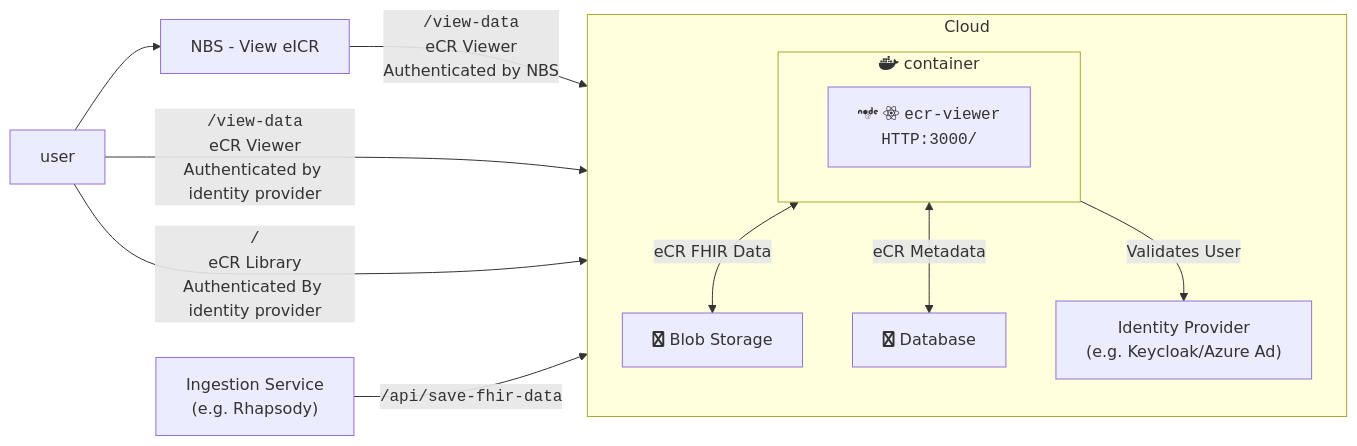
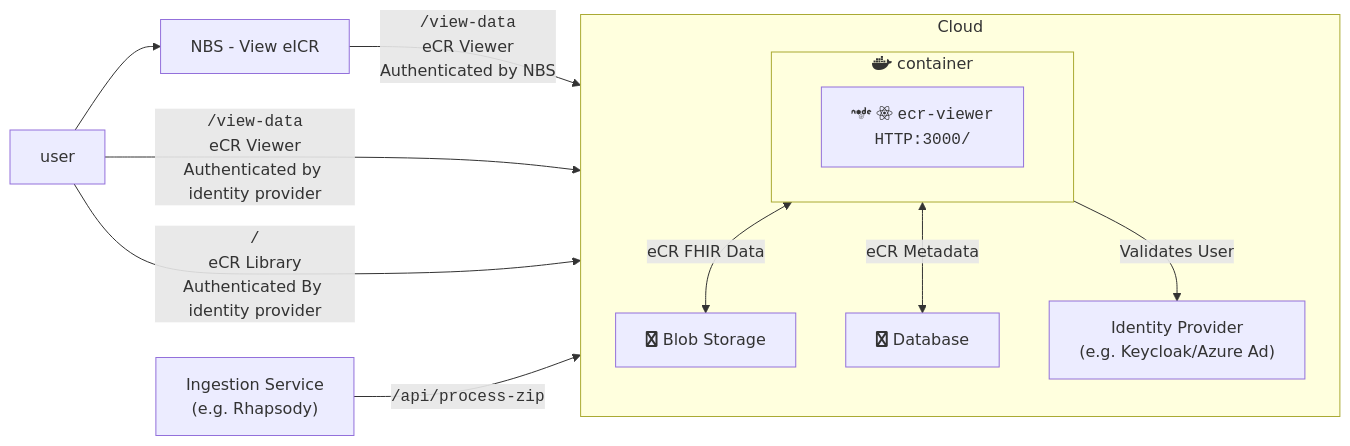
Before and after one commit to CDCgov/dibbs-ecr-viewer: the third of 3 diagrams in containers/ecr-viewer/guide.md, drawn with Mermaid. The commit also changed other lines of this file and 1 other file, not shown here.

Commit message:
docs: change api endpoint from save-fhir-data to process-zip

````diff
--- a/containers/ecr-viewer/guide.md
+++ b/containers/ecr-viewer/guide.md
@@ -64,23 +64,23 @@
 ```mermaid
 flowchart LR
   user
   nbs["NBS - View eICR"]
   ingestion["Ingestion Service<br>(e.g. Rhapsody)"]
   subgraph service[Cloud]
     direction TB
     subgraph container["fab:fa-docker container"]
       viewer["fab:fa-node fab:fa-react <code>ecr-viewer<br>HTTP:3000/</code>"]
     end
     blobStorage["fab:fa-file Blob Storage"]
     metadata["fab:fa-database Database"]
     identityProvider["Identity Provider<br>(e.g. Keycloak/Azure Ad)"]
 	container <--> |eCR FHIR Data| blobStorage
 	container <--> |eCR Metadata| metadata
     container -->|Validates User| identityProvider
   end
   user --> nbs
   nbs -->|<code>/view-data</code><br>eCR Viewer<br>Authenticated by NBS| container
   user -->|<code>/view-data</code><br>eCR Viewer<br>Authenticated by identity provider| container
   user -->|<code>/</code><br>eCR Library<br>Authenticated By identity provider| container
-  ingestion -->|<code>/api/save-fhir-data</code>| container
+  ingestion -->|<code>/api/process-zip</code>| container
 ```
````
